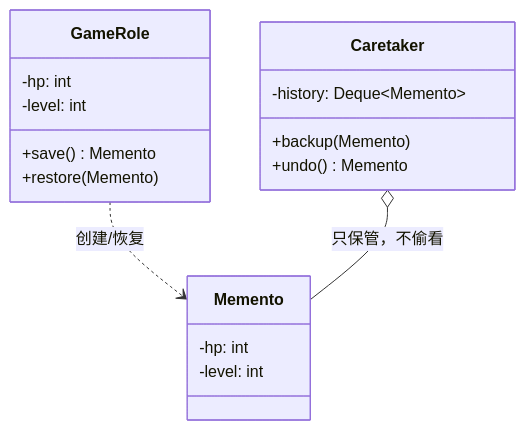
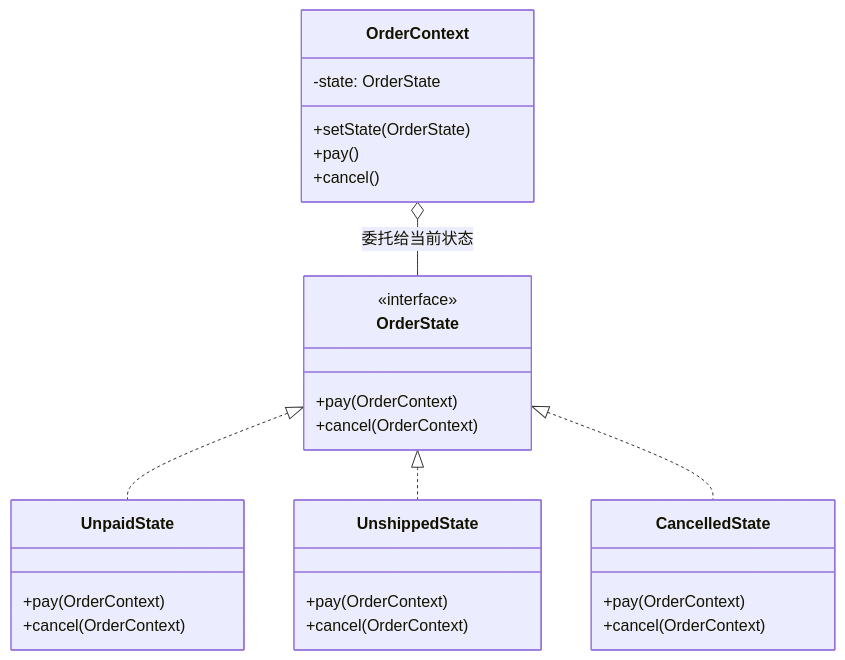
Before and after one commit to ZackKingS/Software-Design-Patterns: the diagram in chapter_18.md, drawn with Mermaid. The commit also changed other lines of this file and 27 other files, not shown here.

````diff
--- a/chapter_18.md
+++ b/chapter_18.md
@@ -154,20 +113,30 @@
 ```mermaid
 classDiagram
-    class GameRole {
-        -hp: int
-        -level: int
-        +save() Memento
-        +restore(Memento)
+    class OrderState {
+        <<interface>>
+        +pay(OrderContext)
+        +cancel(OrderContext)
     }
-    class Memento {
-        -hp: int
-        -level: int
+    class UnpaidState {
+        +pay(OrderContext)
+        +cancel(OrderContext)
     }
-    class Caretaker {
-        -history: Deque~Memento~
-        +backup(Memento)
-        +undo() Memento
+    class UnshippedState {
+        +pay(OrderContext)
+        +cancel(OrderContext)
     }
-    GameRole ..> Memento : 创建/恢复
-    Caretaker o-- Memento : 只保管，不偷看
+    class CancelledState {
+        +pay(OrderContext)
+        +cancel(OrderContext)
+    }
+    class OrderContext {
+        -state: OrderState
+        +setState(OrderState)
+        +pay()
+        +cancel()
+    }
+    OrderState <|.. UnpaidState
+    OrderState <|.. UnshippedState
+    OrderState <|.. CancelledState
+    OrderContext o-- OrderState : 委托给当前状态
 ```
````
